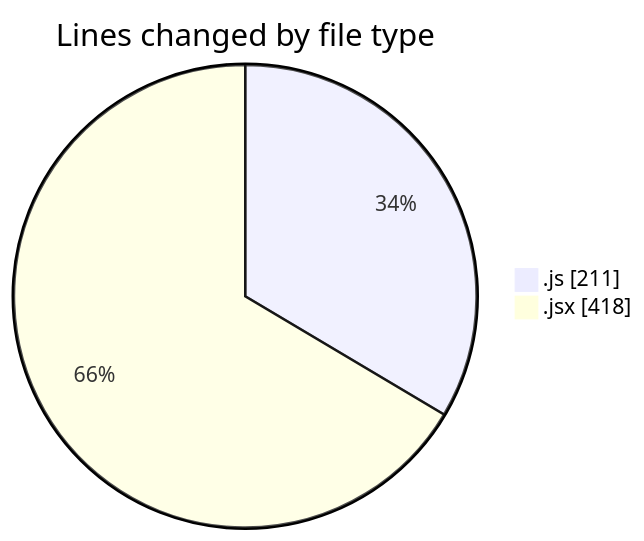
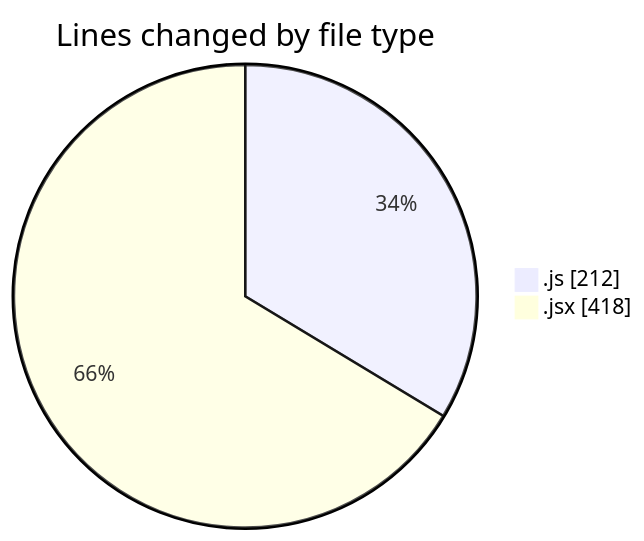
Before and after one commit to nxtqubesakshisongat/code-tracking: the first of 2 diagrams in 2025-05-29/nxtqube_webapp/README.md, drawn with Mermaid. The commit also changed other lines of this file and 1 other file, not shown here.

````diff
--- a/2025-05-29/nxtqube_webapp/README.md
+++ b/2025-05-29/nxtqube_webapp/README.md
@@ -24,6 +24,6 @@
 ```mermaid
 pie showData
 title Lines changed by file type
-".js" : 211
+".js" : 212
 ".jsx" : 418
 ```
````
